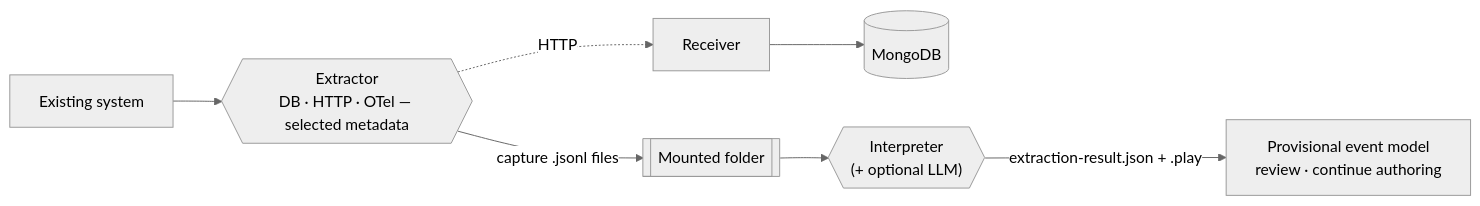
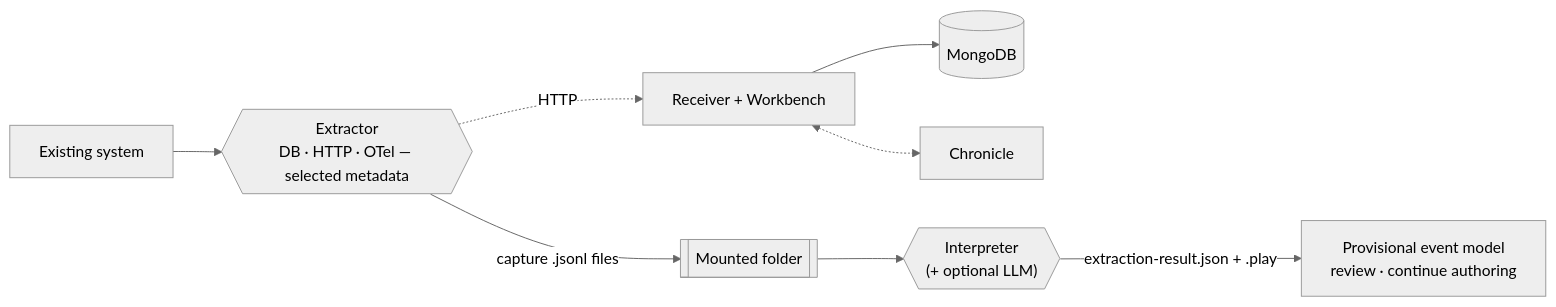
One commit to Cratis/Prologue changed the diagram in Documentation/index.md. Above: the diagram before and after it, drawn with Mermaid (neutral theme). The commit also changed other lines of this file and 2 other files, not shown here.

First line of the commit message:
Describe the Receiver's Chronicle dependency and the Workbench

````diff
--- a/Documentation/index.md
+++ b/Documentation/index.md
@@ -22,8 +22,9 @@
 ```mermaid
 flowchart LR
     Sys["Existing system"] --> Ext{{"Extractor\nDB · HTTP · OTel — selected metadata"}}
     Ext -->|"capture .jsonl files"| Folder[["Mounted folder"]]
-    Ext -.->|"HTTP"| Rcv["Receiver"] --> Mongo[("MongoDB")]
+    Ext -.->|"HTTP"| Rcv["Receiver + Workbench"] --> Mongo[("MongoDB")]
+    Rcv <-.-> Chron["Chronicle"]
     Folder --> Interp{{"Interpreter\n(+ optional LLM)"}}
     Interp -->|"extraction-result.json + .play"| Model["Provisional event model\nreview · continue authoring"]
 ```
````
